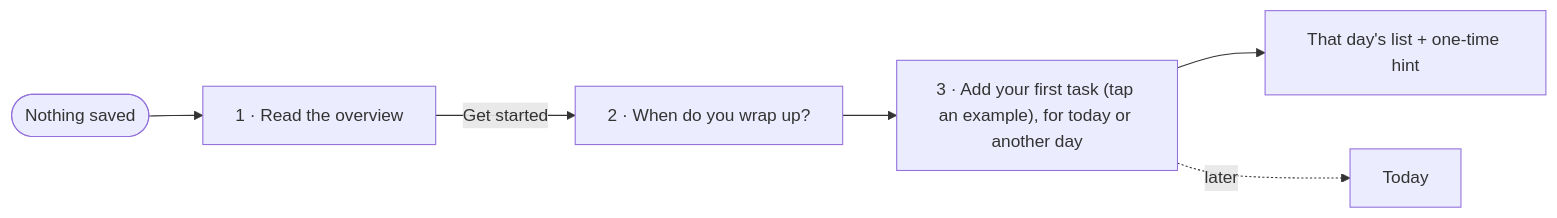
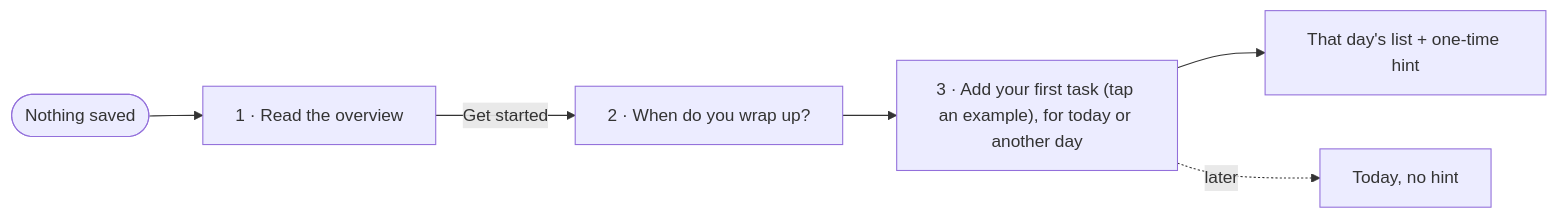
The first of 2 diagrams in README.md (neilpandya01/hw3-dbs), drawn with Mermaid before and after one commit. The commit also changed 1 other file, not shown here.

Commit message:
fix first-visit diagrams: separate end boxes, hint only after adding a task

````diff
--- a/README.md
+++ b/README.md
@@ -13,8 +13,8 @@
 ```mermaid
 flowchart LR
   A([Nothing saved]) --> O["1 · Read the overview"]
   O -- Get started --> B["2 · When do you wrap up?"]
   B --> C["3 · Add your first task (tap an example), for today or another day"]
   C --> D["That day's list + one-time hint"]
-  C -. later .-> E[Today]
+  C -. later .-> E[Today, no hint]
 ```
````
